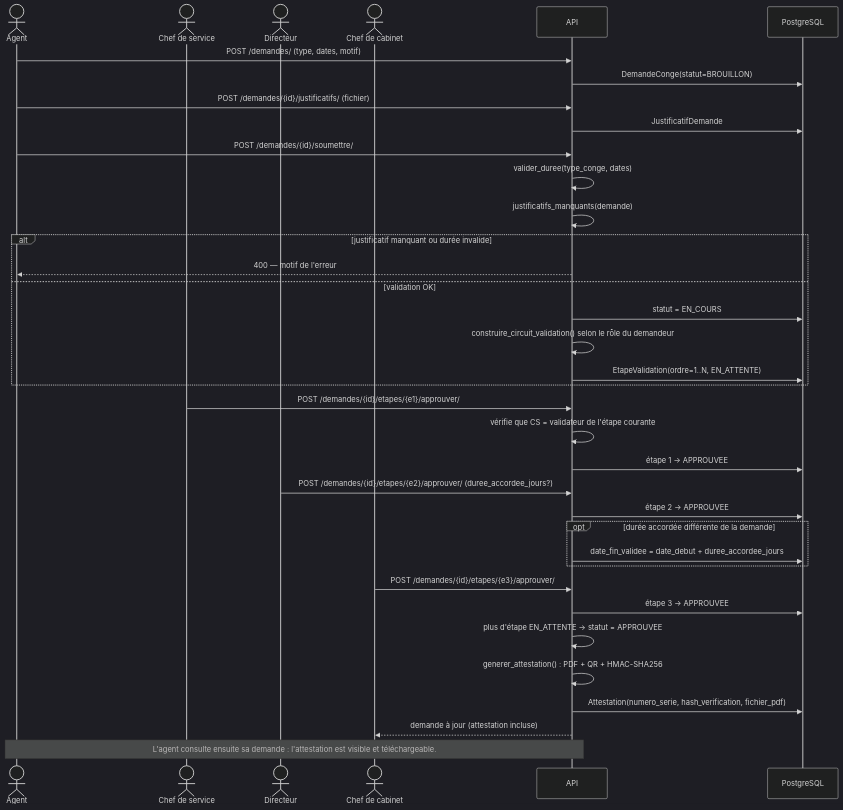
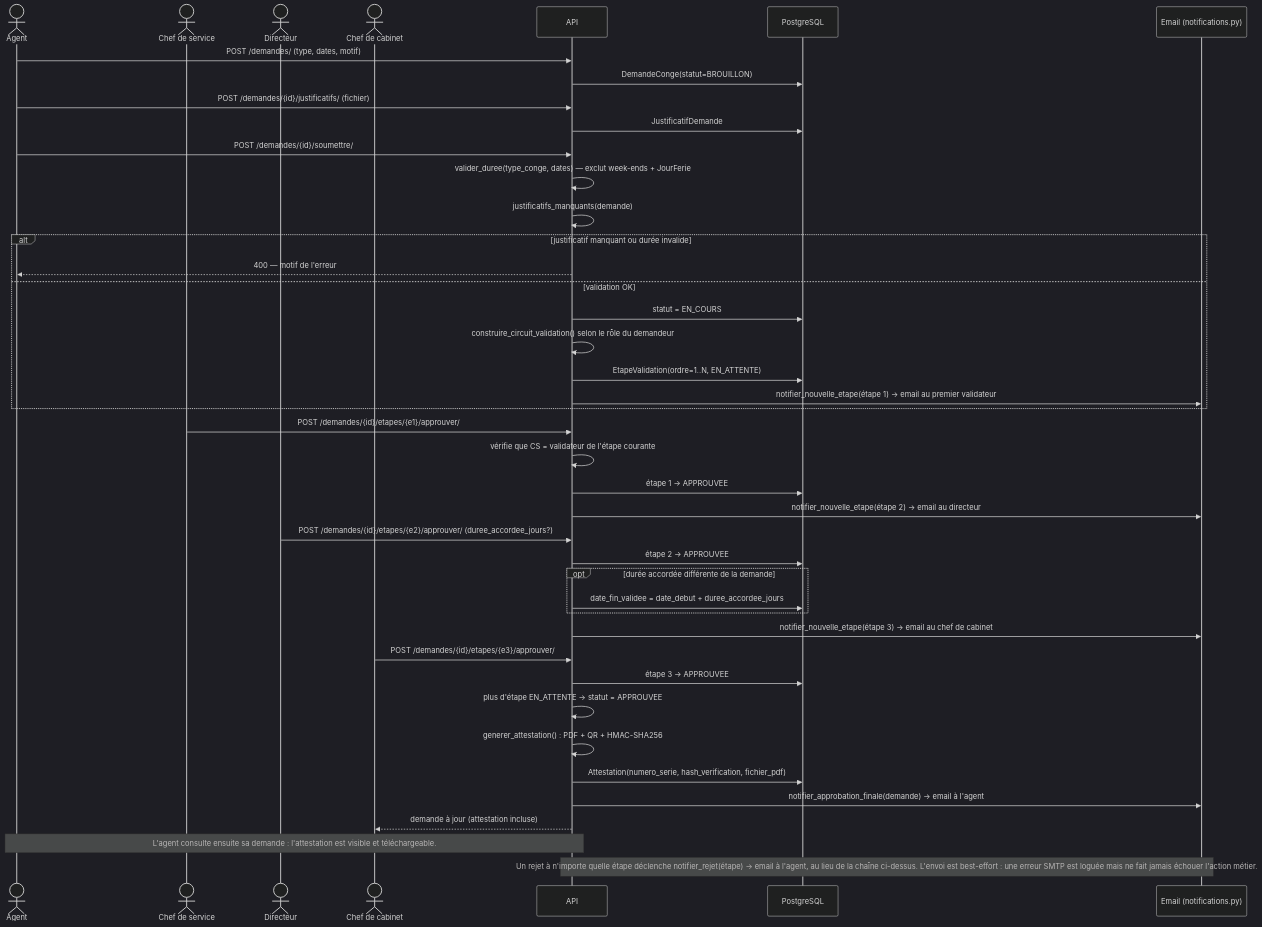
Before and after one commit to Claude20022002/EmployerManage: the third of 5 diagrams in docs/04-diagrammes-uml.md, drawn with Mermaid (dark theme). The commit also changed other lines of this file and 25 other files, not shown here.

````diff
--- a/docs/04-diagrammes-uml.md
+++ b/docs/04-diagrammes-uml.md
@@ -129,44 +141,50 @@
 ```mermaid
 sequenceDiagram
     actor Agent
     actor CS as Chef de service
     actor DIR as Directeur
     actor CAB as Chef de cabinet
     participant API
     participant DB as PostgreSQL
+    participant Mail as Email (notifications.py)
 
     Agent->>API: POST /demandes/ (type, dates, motif)
     API->>DB: DemandeConge(statut=BROUILLON)
     Agent->>API: POST /demandes/{id}/justificatifs/ (fichier)
     API->>DB: JustificatifDemande
 
     Agent->>API: POST /demandes/{id}/soumettre/
-    API->>API: valider_duree(type_conge, dates)
+    API->>API: valider_duree(type_conge, dates) — exclut week-ends + JourFerie
     API->>API: justificatifs_manquants(demande)
     alt justificatif manquant ou durée invalide
         API-->>Agent: 400 — motif de l'erreur
     else validation OK
         API->>DB: statut = EN_COURS
         API->>API: construire_circuit_validation() selon le rôle du demandeur
         API->>DB: EtapeValidation(ordre=1..N, EN_ATTENTE)
+        API->>Mail: notifier_nouvelle_etape(étape 1) → email au premier validateur
     end
 
     CS->>API: POST /demandes/{id}/etapes/{e1}/approuver/
     API->>API: vérifie que CS = validateur de l'étape courante
     API->>DB: étape 1 → APPROUVEE
+    API->>Mail: notifier_nouvelle_etape(étape 2) → email au directeur
 
     DIR->>API: POST /demandes/{id}/etapes/{e2}/approuver/ (duree_accordee_jours?)
     API->>DB: étape 2 → APPROUVEE
     opt durée accordée différente de la demande
         API->>DB: date_fin_validee = date_debut + duree_accordee_jours
     end
+    API->>Mail: notifier_nouvelle_etape(étape 3) → email au chef de cabinet
 
     CAB->>API: POST /demandes/{id}/etapes/{e3}/approuver/
     API->>DB: étape 3 → APPROUVEE
     API->>API: plus d'étape EN_ATTENTE → statut = APPROUVEE
     API->>API: generer_attestation() : PDF + QR + HMAC-SHA256
     API->>DB: Attestation(numero_serie, hash_verification, fichier_pdf)
+    API->>Mail: notifier_approbation_finale(demande) → email à l'agent
     API-->>CAB: demande à jour (attestation incluse)
 
     Note over Agent,API: L'agent consulte ensuite sa demande : l'attestation est visible et téléchargeable.
+    Note over API,Mail: Un rejet à n'importe quelle étape déclenche notifier_rejet(étape) → email à l'agent, au lieu de la chaîne ci-dessus. L'envoi est best-effort : une erreur SMTP est loguée mais ne fait jamais échouer l'action métier.
 ```
````
